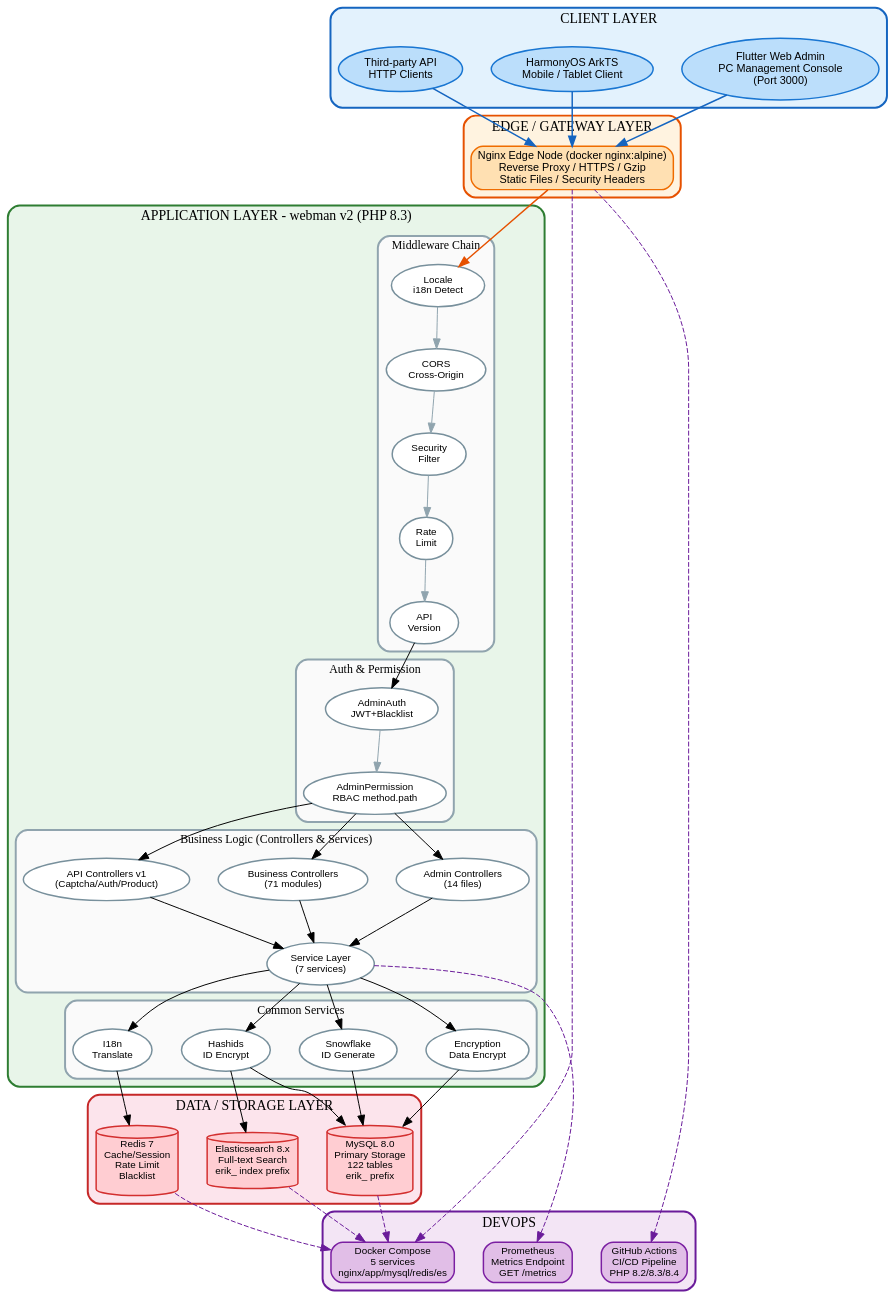
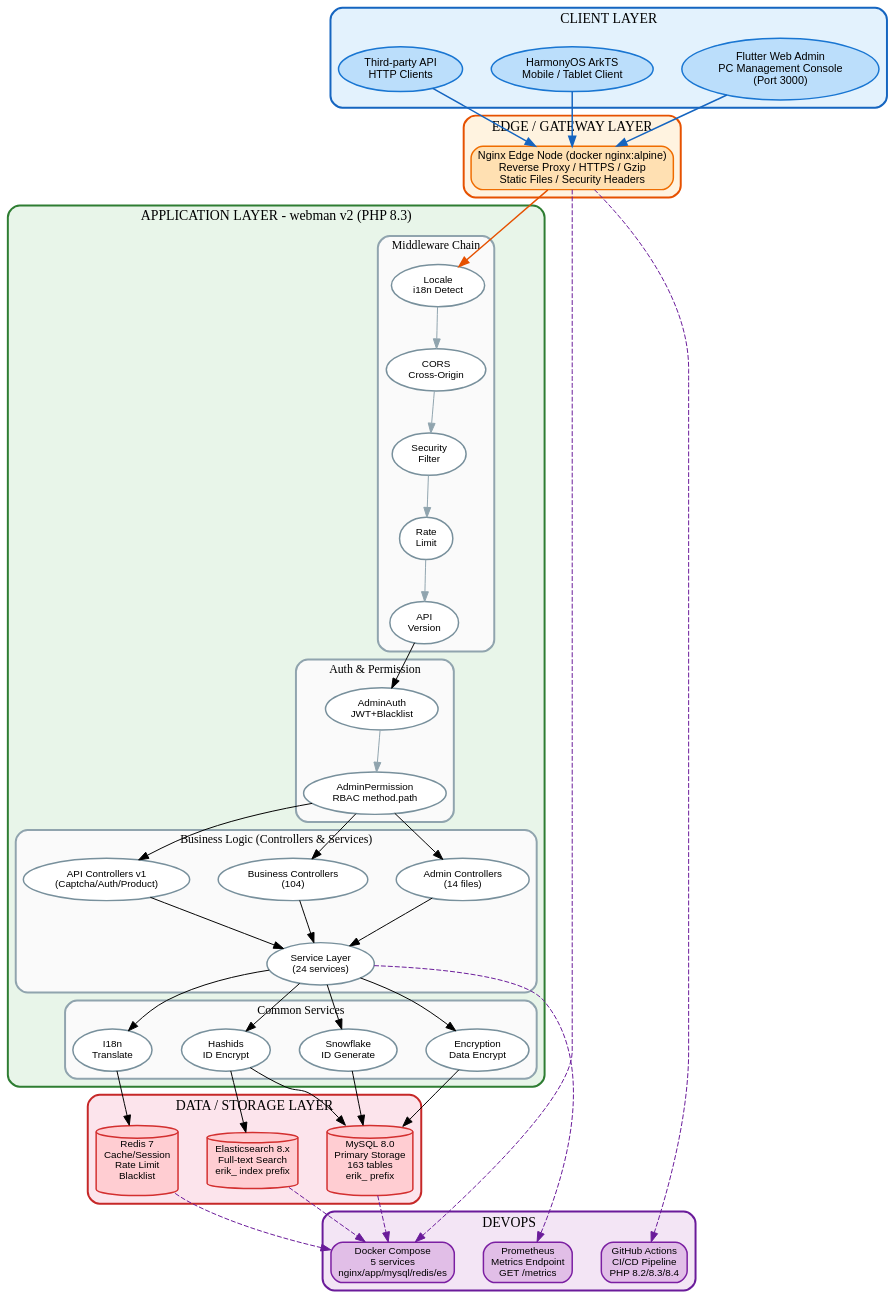
One commit to erikwang2013/erp-php changed the diagram in docs/diagrams/system-architecture.dot. Above: the diagram before and after it, drawn with Graphviz. The commit also changed 88 other files, not shown here.

```diff
--- a/docs/diagrams/system-architecture.dot
+++ b/docs/diagrams/system-architecture.dot
@@ -1,104 +1,104 @@
 digraph SystemArchitecture {
     rankdir=TB;
     fontname="Arial";
     fontsize=14;
     bgcolor="transparent";
     nodesep=0.4;
     ranksep=0.6;
     compound=true;
 
     node [fontname="Arial", fontsize=11, style="filled,rounded", penwidth=1.5];
 
     subgraph cluster_client {
         label="CLIENT LAYER";
         fontsize=14; fontname="Arial Bold";
         style="filled,rounded"; fillcolor="#e3f2fd"; color="#1565c0"; penwidth=2;
         a1 [label="Flutter Web Admin\nPC Management Console\n(Port 3000)", fillcolor="#bbdefb", color="#1976d2"];
         a2 [label="HarmonyOS ArkTS\nMobile / Tablet Client", fillcolor="#bbdefb", color="#1976d2"];
         a3 [label="Third-party API\nHTTP Clients", fillcolor="#bbdefb", color="#1976d2"];
     }
 
     subgraph cluster_edge {
         label="EDGE / GATEWAY LAYER";
         fontsize=14; fontname="Arial Bold";
         style="filled,rounded"; fillcolor="#fff3e0"; color="#e65100"; penwidth=2;
         b1 [label="Nginx Edge Node (docker nginx:alpine)\nReverse Proxy / HTTPS / Gzip\nStatic Files / Security Headers", fillcolor="#ffe0b2", color="#ef6c00", shape="box"];
     }
 
     subgraph cluster_app {
         label="APPLICATION LAYER - webman v2 (PHP 8.3)";
         fontsize=14; fontname="Arial Bold";
         style="filled,rounded"; fillcolor="#e8f5e9"; color="#2e7d32"; penwidth=2;
 
         subgraph cluster_mw {
             label="Middleware Chain";
             fontsize=12; fontname="Arial Bold";
             style="filled,rounded"; fillcolor="#fafafa"; color="#90a4ae";
             node [fillcolor="#ffffff", color="#78909c", fontsize=10];
             m1 [label="Locale\ni18n Detect"]; m2 [label="CORS\nCross-Origin"]; m3 [label="Security\nFilter"]; m4 [label="Rate\nLimit"]; m5 [label="API\nVersion"];
             m1 -> m2 -> m3 -> m4 -> m5 [color="#90a4ae"];
         }
 
         subgraph cluster_auth {
             label="Auth & Permission";
             fontsize=12; fontname="Arial Bold";
             style="filled,rounded"; fillcolor="#fafafa"; color="#90a4ae";
             node [fillcolor="#ffffff", color="#78909c", fontsize=10];
             m6 [label="AdminAuth\nJWT+Blacklist"]; m7 [label="AdminPermission\nRBAC method.path"];
             m6 -> m7 [color="#90a4ae"];
         }
 
         subgraph cluster_biz {
             label="Business Logic (Controllers & Services)";
             fontsize=12; fontname="Arial Bold";
             style="filled,rounded"; fillcolor="#fafafa"; color="#90a4ae";
             node [fillcolor="#ffffff", color="#78909c", fontsize=10];
-            c1 [label="Admin Controllers\n(14 files)"]; c2 [label="Business Controllers\n(71 modules)"]; c3 [label="Service Layer\n(7 services)"]; c4 [label="API Controllers v1\n(Captcha/Auth/Product)"];
+            c1 [label="Admin Controllers\n(14 files)"]; c2 [label="Business Controllers\n(104)"]; c3 [label="Service Layer\n(24 services)"]; c4 [label="API Controllers v1\n(Captcha/Auth/Product)"];
         }
 
         subgraph cluster_common {
             label="Common Services";
             fontsize=12; fontname="Arial Bold";
             style="filled,rounded"; fillcolor="#fafafa"; color="#90a4ae";
             node [fillcolor="#ffffff", color="#78909c", fontsize=10];
             s1 [label="Hashids\nID Encrypt"]; s2 [label="Snowflake\nID Generate"]; s3 [label="Encryption\nData Encrypt"]; s4 [label="I18n\nTranslate"];
         }
 
         m5 -> m6; m7 -> c1; m7 -> c2; m7 -> c4;
         c1 -> c3; c2 -> c3; c4 -> c3;
         c3 -> s1; c3 -> s2; c3 -> s3; c3 -> s4;
     }
 
     subgraph cluster_data {
         label="DATA / STORAGE LAYER";
         fontsize=14; fontname="Arial Bold";
         style="filled,rounded"; fillcolor="#fce4ec"; color="#c62828"; penwidth=2;
         node [shape="cylinder", fillcolor="#ffcdd2", color="#d32f2f", fontsize=10];
-        d1 [label="MySQL 8.0\nPrimary Storage\n122 tables\nerik_ prefix"];
+        d1 [label="MySQL 8.0\nPrimary Storage\n163 tables\nerik_ prefix"];
         d2 [label="Redis 7\nCache/Session\nRate Limit\nBlacklist"];
         d3 [label="Elasticsearch 8.x\nFull-text Search\nerik_ index prefix"];
     }
 
     subgraph cluster_devops {
         label="DEVOPS";
         fontsize=14; fontname="Arial Bold";
         style="filled,rounded"; fillcolor="#f3e5f5"; color="#6a1b9a"; penwidth=2;
         node [shape="box", fillcolor="#e1bee7", color="#7b1fa2", fontsize=10];
         e1 [label="GitHub Actions\nCI/CD Pipeline\nPHP 8.2/8.3/8.4"];
         e2 [label="Docker Compose\n5 services\nnginx/app/mysql/redis/es"];
         e3 [label="Prometheus\nMetrics Endpoint\nGET /metrics"];
     }
 
     a1 -> b1 [color="#1565c0", penwidth=1.5];
     a2 -> b1 [color="#1565c0", penwidth=1.5];
     a3 -> b1 [color="#1565c0", penwidth=1.5];
     b1 -> m1 [color="#e65100", penwidth=1.5];
     s1 -> d1; s2 -> d1; s3 -> d1; s1 -> d3;
     s4 -> d2;
     b1 -> e1 [style="dashed", color="#6a1b9a"];
     b1 -> e2 [style="dashed", color="#6a1b9a"];
     c3 -> e3 [style="dashed", color="#6a1b9a"];
     d1 -> e2 [style="dashed", color="#6a1b9a"];
     d2 -> e2 [style="dashed", color="#6a1b9a"];
     d3 -> e2 [style="dashed", color="#6a1b9a"];
 }
```
